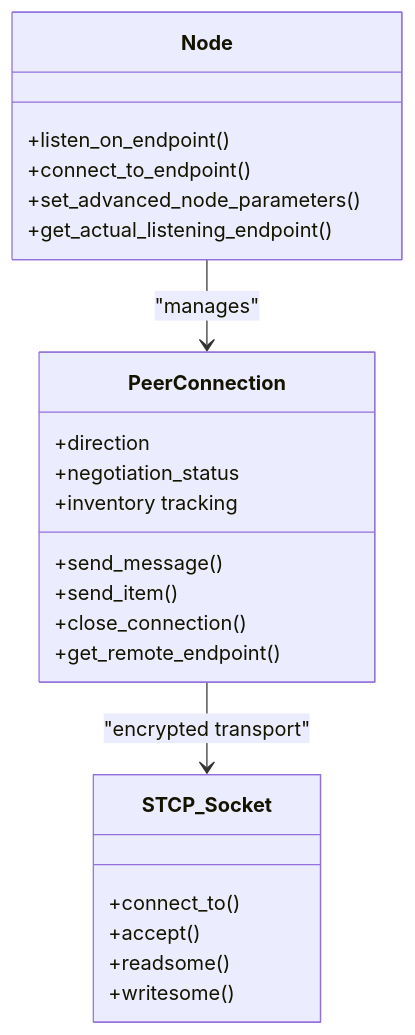
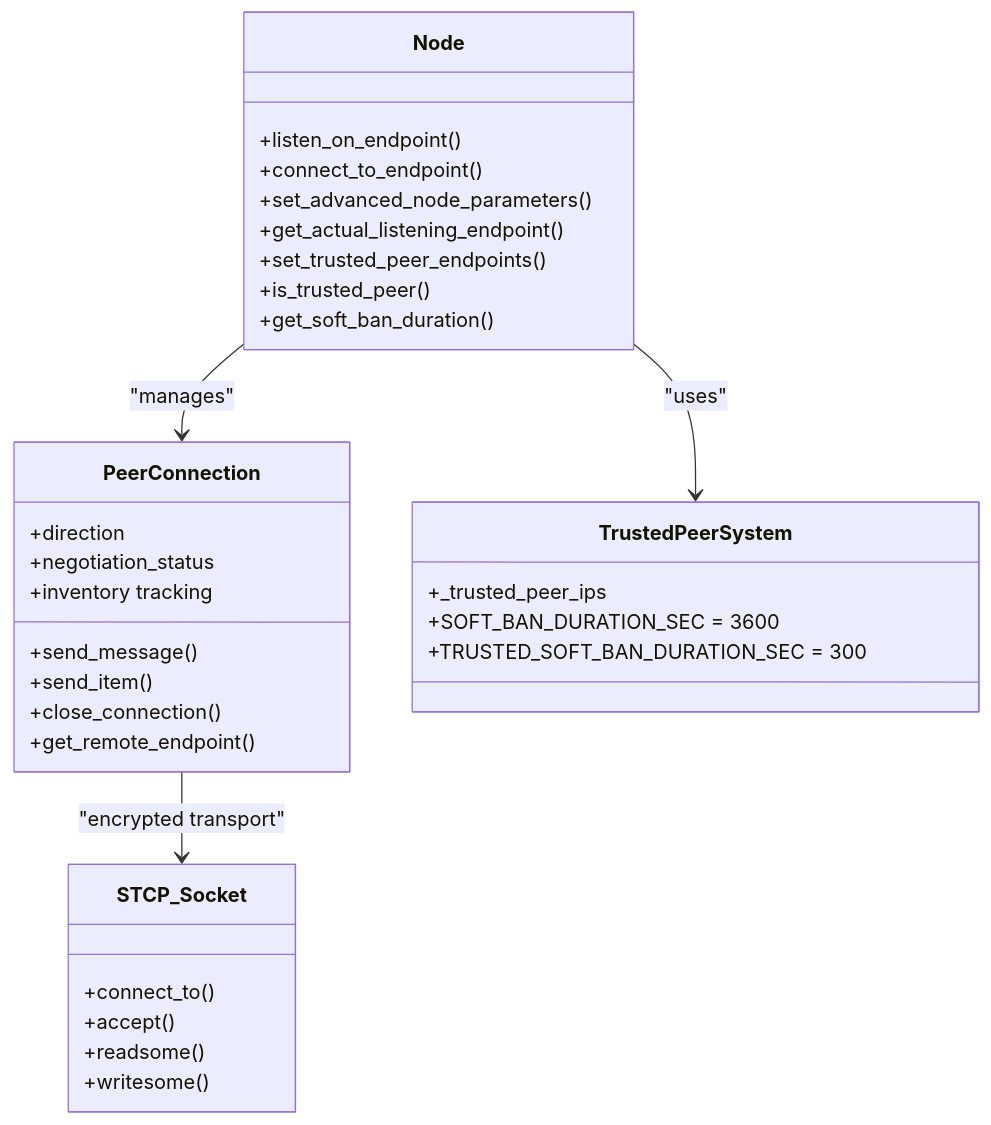
One commit to VIZ-Blockchain/viz-cpp-node changed the third of 8 diagrams in .qoder/repowiki/en/content/Configuration Management/Network Configuration.md. Above: the diagram before and after it, drawn with Mermaid. The commit also changed other lines of this file and 4 other files, not shown here.

````diff
--- a/.qoder/repowiki/en/content/Configuration Management/Network Configuration.md
+++ b/.qoder/repowiki/en/content/Configuration Management/Network Configuration.md
@@ -166,26 +177,35 @@
 ```mermaid
 classDiagram
 class PeerConnection {
 +direction
 +negotiation_status
 +inventory tracking
 +send_message()
 +send_item()
 +close_connection()
 +get_remote_endpoint()
 }
 class STCP_Socket {
 +connect_to()
 +accept()
 +readsome()
 +writesome()
 }
 class Node {
 +listen_on_endpoint()
 +connect_to_endpoint()
 +set_advanced_node_parameters()
 +get_actual_listening_endpoint()
++set_trusted_peer_endpoints()
++is_trusted_peer()
++get_soft_ban_duration()
+}
+class TrustedPeerSystem {
++_trusted_peer_ips
++SOFT_BAN_DURATION_SEC = 3600
++TRUSTED_SOFT_BAN_DURATION_SEC = 300
 }
 PeerConnection --> STCP_Socket : "encrypted transport"
 Node --> PeerConnection : "manages"
+Node --> TrustedPeerSystem : "uses"
 ```
````
